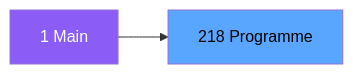
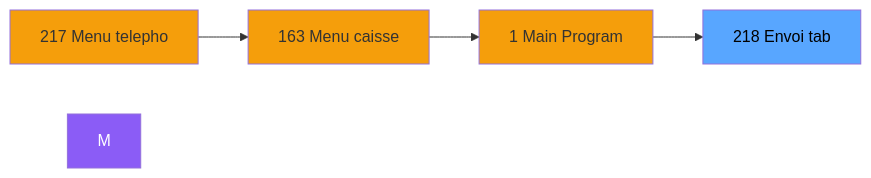
One commit to thonyAGP/magic-migration changed the second of 3 diagrams in .openspec/specs/ADH-IDE-218.md. Above: the diagram before and after it, drawn with Mermaid. The commit also changed other lines of this file and 323 other files, not shown here.

````diff
--- a/.openspec/specs/ADH-IDE-218.md
+++ b/.openspec/specs/ADH-IDE-218.md
@@ -104,8 +116,15 @@
 ```mermaid
 graph LR
-    M[1 Main]
-    T[218 Programme]
-    M --> T
+    N217[217 Menu telepho]
+    N163[163 Menu caisse ]
+    N1[1 Main Program]
+    T[218    Envoi tab]
+    N217 --> N163
+    N163 --> N1
+    N1 --> T
     style M fill:#8b5cf6,color:#fff
+    style N217 fill:#f59e0b
+    style N163 fill:#f59e0b
+    style N1 fill:#f59e0b
     style T fill:#58a6ff,color:#000
 ```
````
